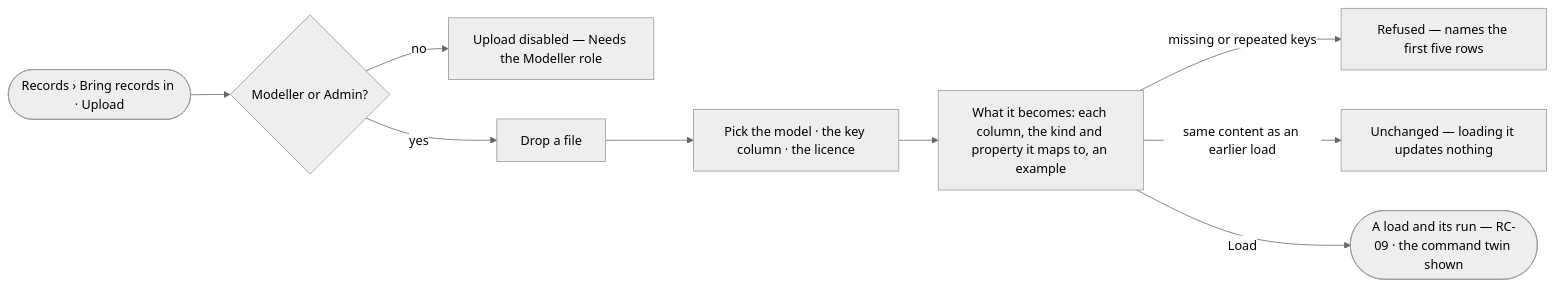
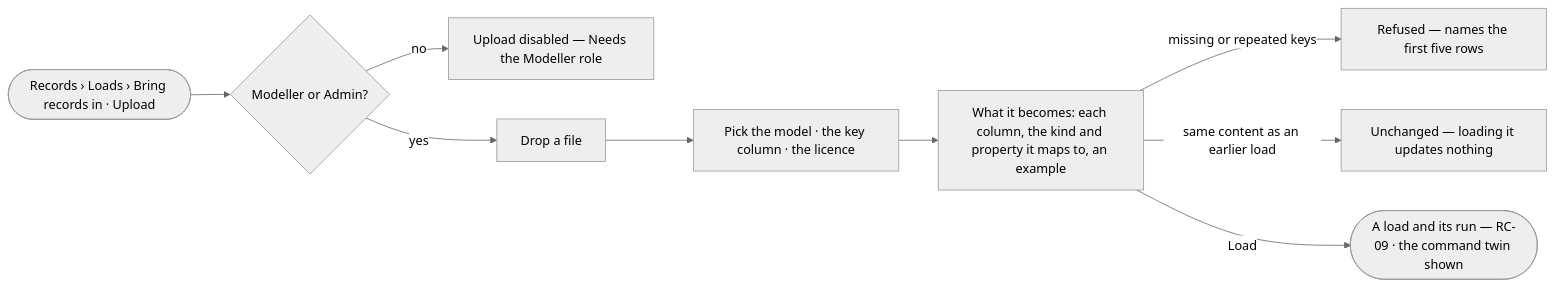
Before and after one commit to invana/invana: the diagram in specs/capabilities/records/features/RC-F02-bring-records-in/stories/RC-08-upload-a-file-into-a-model/story.md, drawn with Mermaid (neutral theme). The commit also changed other lines of this file and 106 other files, not shown here.

````diff
--- a/specs/capabilities/records/features/RC-F02-bring-records-in/stories/RC-08-upload-a-file-into-a-model/story.md
+++ b/specs/capabilities/records/features/RC-F02-bring-records-in/stories/RC-08-upload-a-file-into-a-model/story.md
@@ -28,11 +28,11 @@
 ```mermaid
 flowchart LR
-  a([Records › Bring records in · Upload]) --> g{Modeller or Admin?}
+  a([Records › Loads › Bring records in · Upload]) --> g{Modeller or Admin?}
   g -->|no| na["Upload disabled — Needs the Modeller role"]
   g -->|yes| f["Drop a file"]
   f --> m["Pick the model · the key column · the licence"]
   m --> p["What it becomes: each column, the kind and property it maps to, an example"]
   p -->|missing or repeated keys| x["Refused — names the first five rows"]
   p -->|same content as an earlier load| u["Unchanged — loading it updates nothing"]
   p -->|Load| run(["A load and its run — RC-09 · the command twin shown"])
 ```
````
